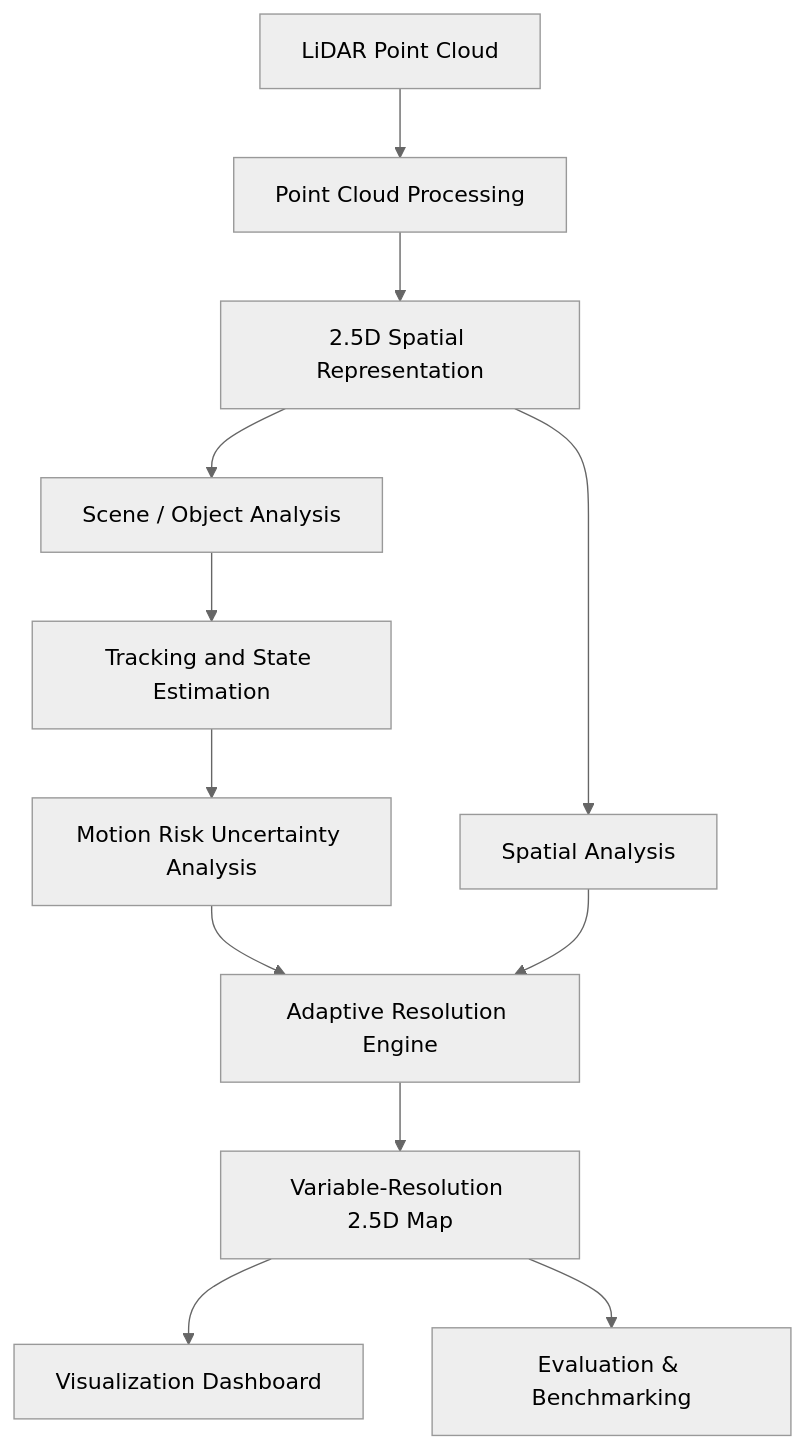
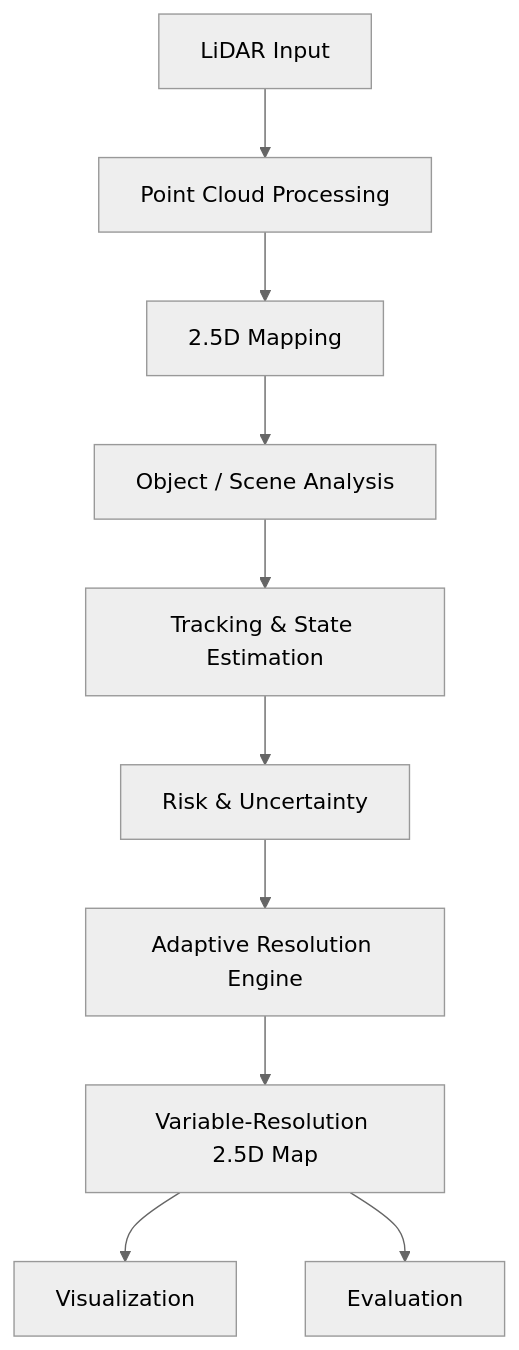
One commit to PriyanAcharya/DRISHTI changed the diagram in README.md. Above: the diagram before and after it, drawn with Mermaid (neutral theme). The commit also changed other lines of this file, not shown here.

````diff
--- a/README.md
+++ b/README.md
@@ -245,25 +136,12 @@
 ```mermaid
 flowchart TD
-
-    A[LiDAR Point Cloud] --> B[Point Cloud Processing]
-
-    B --> C[2.5D Spatial Representation]
-
-    C --> D[Scene / Object Analysis]
-
-    D --> E[Tracking and State Estimation]
-
-    E --> F[Motion Risk Uncertainty Analysis]
-
-    C --> G[Spatial Analysis]
-
-    F --> H[Adaptive Resolution Engine]
-
-    G --> H
-
-    H --> I[Variable-Resolution 2.5D Map]
-
-    I --> J[Visualization Dashboard]
-
-    I --> K[Evaluation & Benchmarking]
+    A[LiDAR Input] --> B[Point Cloud Processing]
+    B --> C[2.5D Mapping]
+    C --> D[Object / Scene Analysis]
+    D --> E[Tracking & State Estimation]
+    E --> F[Risk & Uncertainty]
+    F --> G[Adaptive Resolution Engine]
+    G --> H[Variable-Resolution 2.5D Map]
+    H --> I[Visualization]
+    H --> J[Evaluation]
 ```
````
